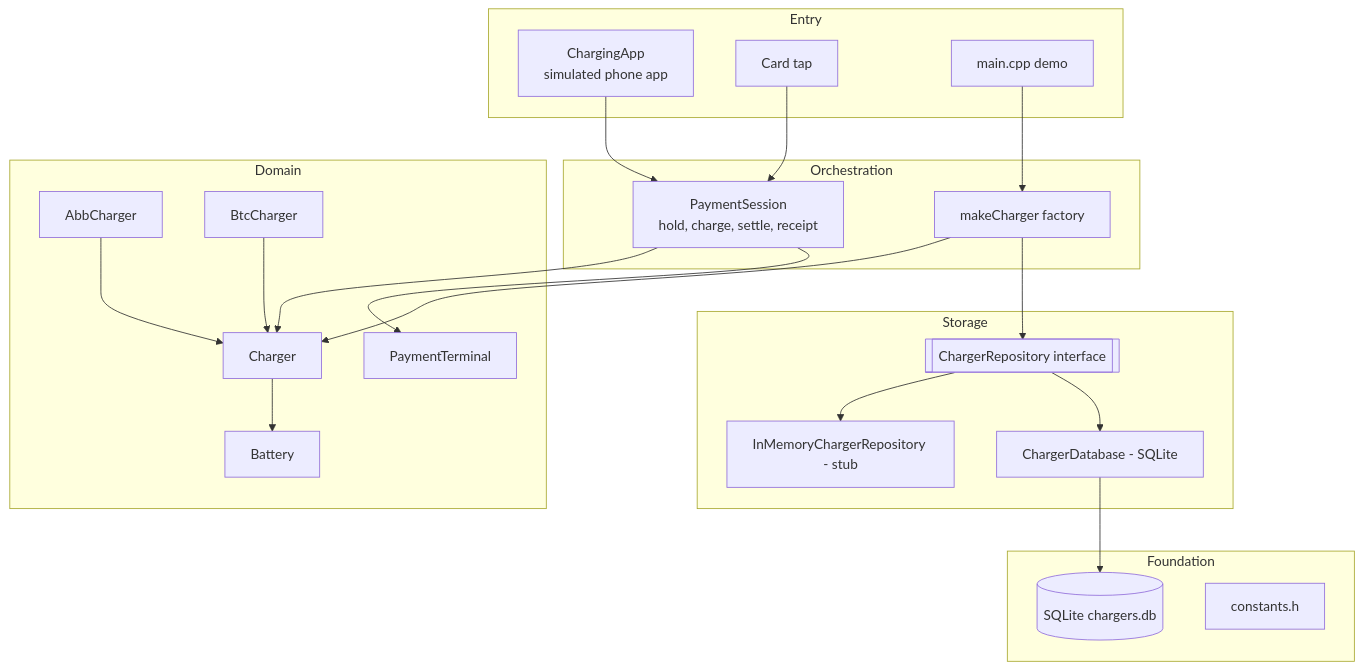
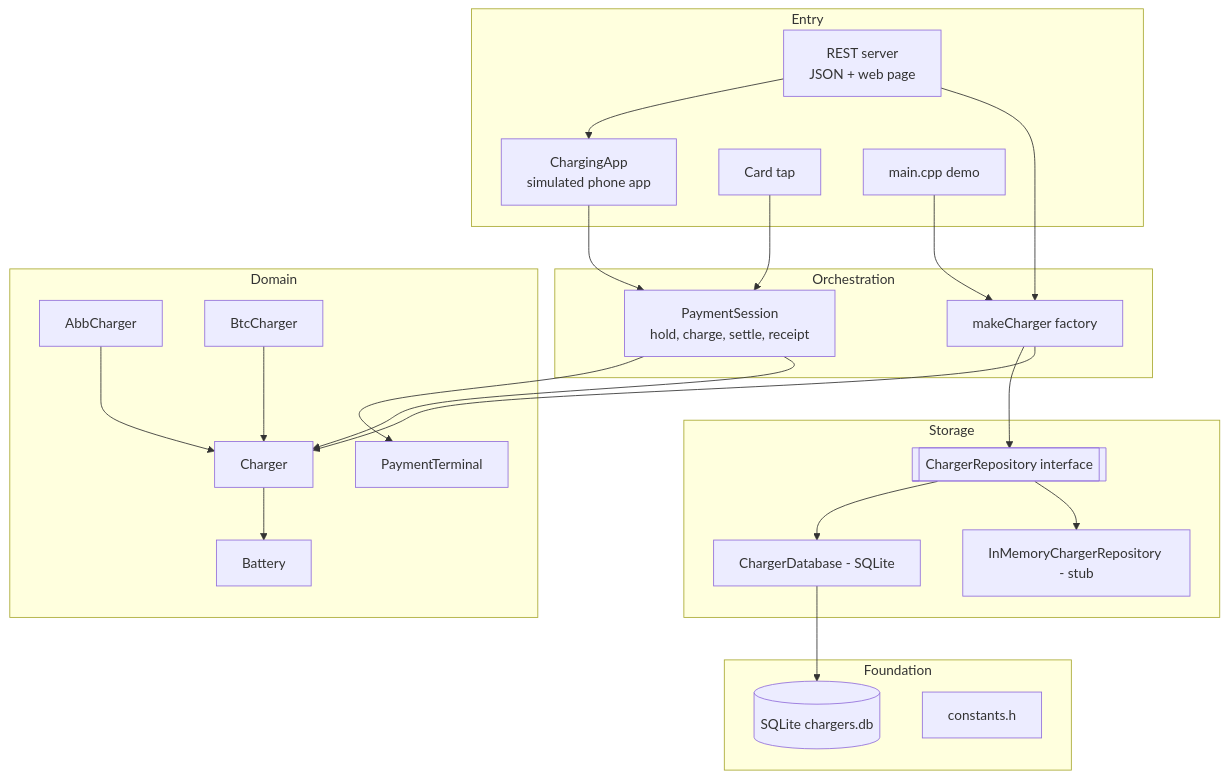
Before and after one commit to elitesoftwareqa/ev-charger: the diagram in docs/REPORT.md, drawn with Mermaid. The commit also changed other lines of this file and 2 other files, not shown here.

Commit message:
Update report, presentation and REPORT.md for the REST service and web page

````diff
--- a/docs/REPORT.md
+++ b/docs/REPORT.md
@@ -15,41 +17,44 @@
 ```mermaid
 flowchart TB
   subgraph Entry
     APP[ChargingApp<br/>simulated phone app]
     TAP[Card tap]
     DEMO[main.cpp demo]
+    REST[REST server<br/>JSON + web page]
   end
   subgraph Orchestration
     SESS[PaymentSession<br/>hold, charge, settle, receipt]
     FACT[makeCharger factory]
   end
   subgraph Domain
     CH[Charger]
     ABB[AbbCharger]
     BTC[BtcCharger]
     BAT[Battery]
     TERM[PaymentTerminal]
   end
   subgraph Storage
     REPO[[ChargerRepository interface]]
     DB[ChargerDatabase - SQLite]
     MEM[InMemoryChargerRepository - stub]
   end
   subgraph Foundation
     SQL[(SQLite chargers.db)]
     CONST[constants.h]
   end
   APP --> SESS
+  REST --> APP
+  REST --> FACT
   TAP --> SESS
   DEMO --> FACT
   SESS --> TERM
   SESS --> CH
   CH --> BAT
   ABB --> CH
   BTC --> CH
   FACT --> REPO
   FACT --> CH
   REPO --> DB
   REPO --> MEM
   DB --> SQL
 ```
````
